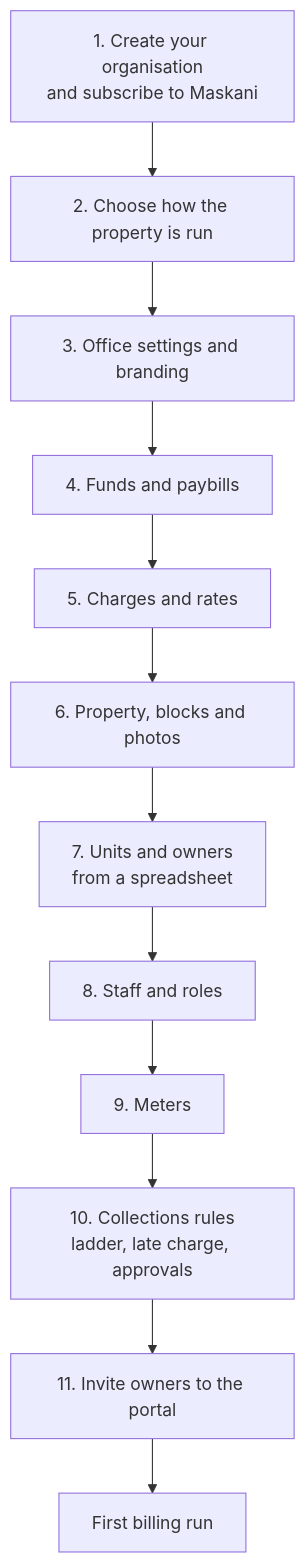
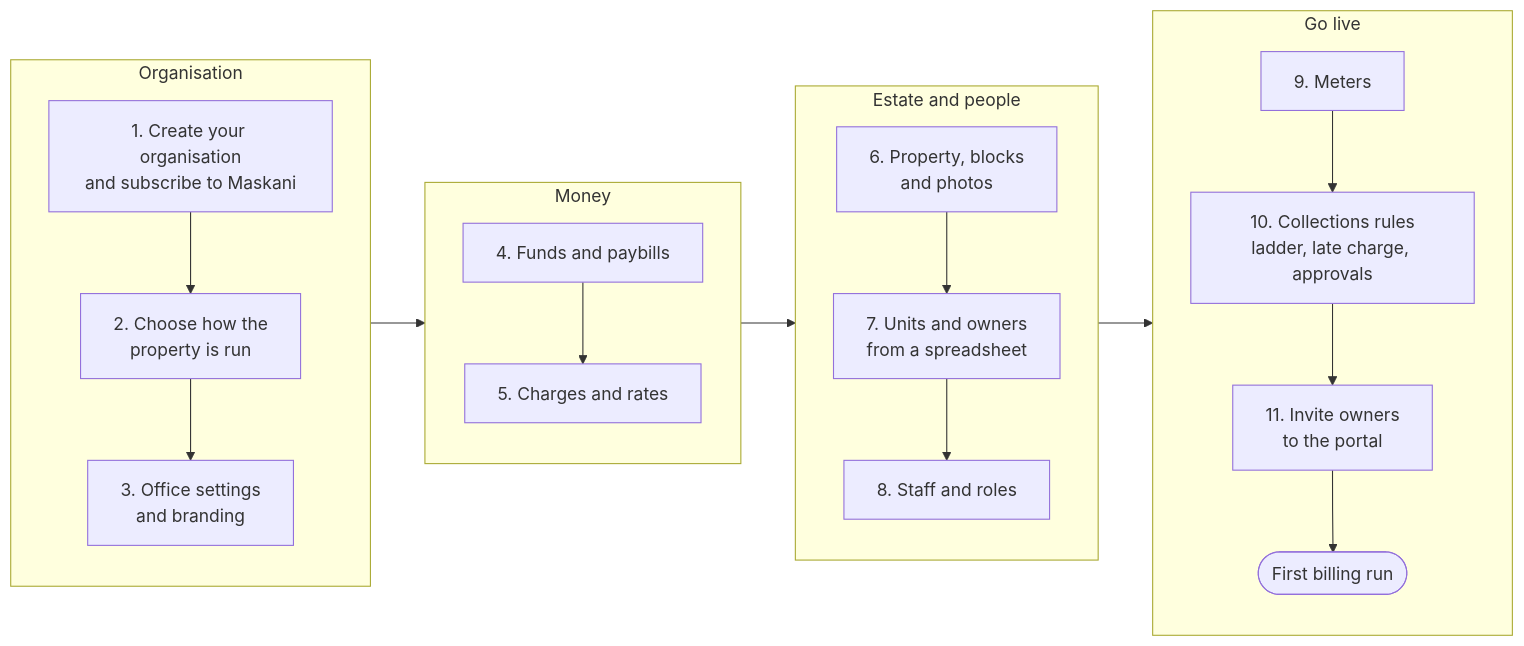
One commit to Bengo-Hub/shared-docs changed the first of 3 diagrams in docs/user-guide/maskani/onboarding.md. Above: the diagram before and after it, drawn with Mermaid. The commit also changed other lines of this file and 6 other files, not shown here.

First line of the commit message:
Maskani guide: ERP (HR, Payroll) for estate payroll staff; shorter diagrams

````diff
--- a/docs/user-guide/maskani/onboarding.md
+++ b/docs/user-guide/maskani/onboarding.md
@@ -6,14 +6,20 @@
 ```mermaid
-flowchart TD
-  A[1. Create your organisation<br/>and subscribe to Maskani] --> B[2. Choose how the property is run]
-  B --> C[3. Office settings and branding]
-  C --> D[4. Funds and paybills]
-  D --> E[5. Charges and rates]
-  E --> F[6. Property, blocks and photos]
-  F --> G[7. Units and owners<br/>from a spreadsheet]
-  G --> H[8. Staff and roles]
-  H --> I[9. Meters]
-  I --> J[10. Collections rules<br/>ladder, late charge, approvals]
-  J --> K[11. Invite owners to the portal]
-  K --> L[First billing run]
+flowchart LR
+  subgraph S1[Organisation]
+    direction TB
+    A[1. Create your organisation<br/>and subscribe to Maskani] --> B[2. Choose how the<br/>property is run] --> C[3. Office settings<br/>and branding]
+  end
+  subgraph S2[Money]
+    direction TB
+    D[4. Funds and paybills] --> E[5. Charges and rates]
+  end
+  subgraph S3[Estate and people]
+    direction TB
+    F[6. Property, blocks<br/>and photos] --> G[7. Units and owners<br/>from a spreadsheet] --> H[8. Staff and roles]
+  end
+  subgraph S4[Go live]
+    direction TB
+    I[9. Meters] --> J[10. Collections rules<br/>ladder, late charge, approvals] --> K[11. Invite owners<br/>to the portal] --> L([First billing run])
+  end
+  S1 --> S2 --> S3 --> S4
 ```
````
